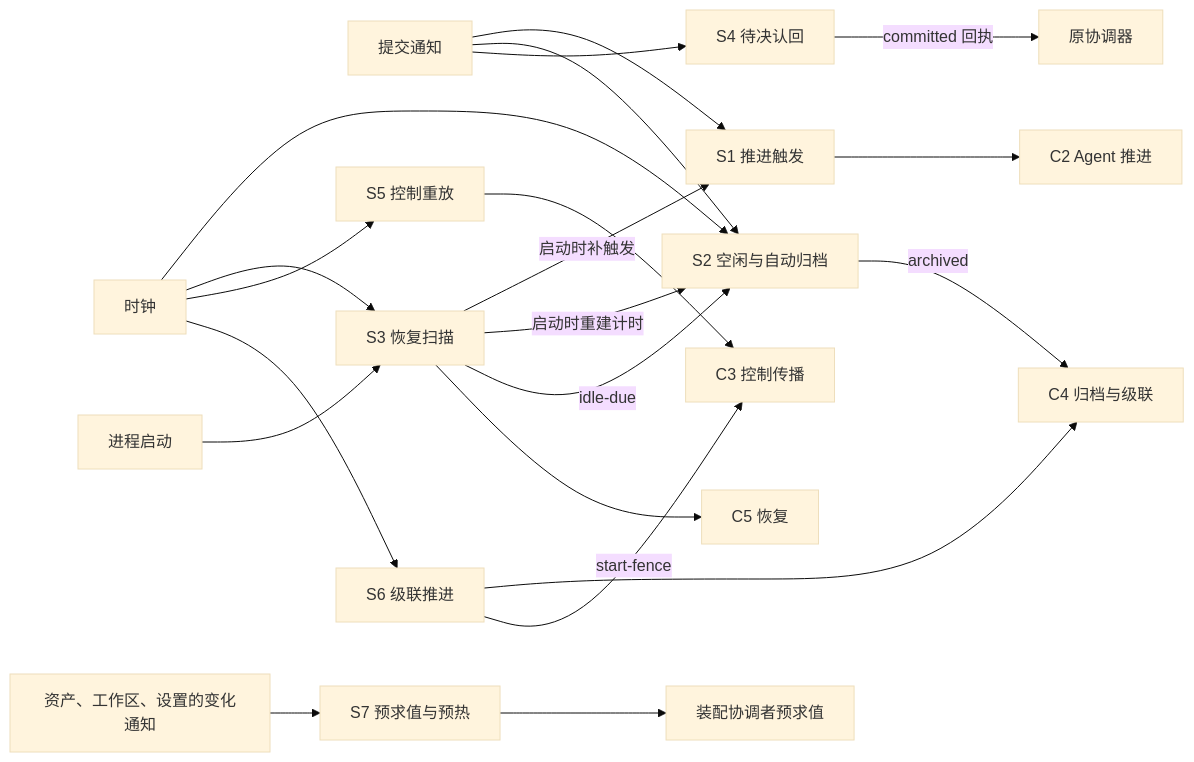
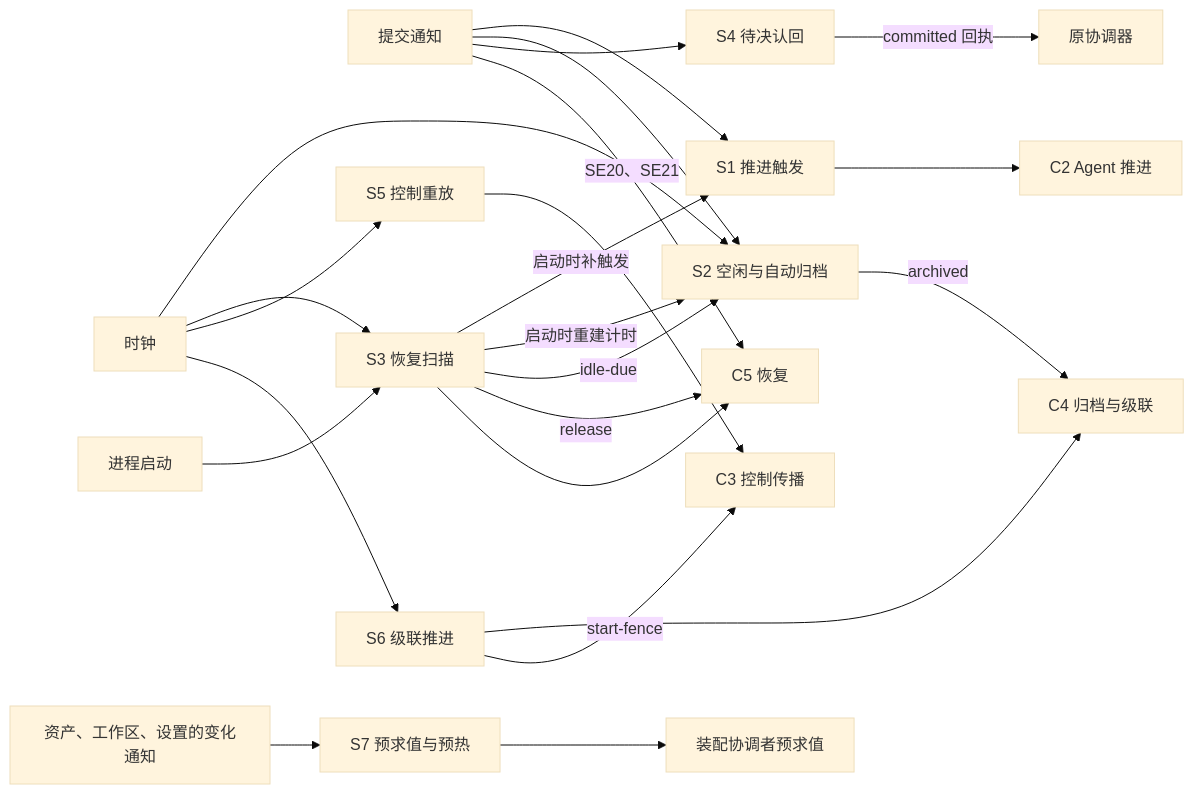
One commit to nemori-ai/omne-harness-lite changed diagram 11 of 17 in packages/session/session/docs/flows.md. Above: the diagram before and after it, drawn with Mermaid (base theme). The commit also changed other lines of this file and 3 other files, not shown here.

````diff
--- a/packages/session/session/docs/flows.md
+++ b/packages/session/session/docs/flows.md
@@ -264,23 +297,25 @@
 ```mermaid
 flowchart LR
     N[提交通知] --> S1[S1 推进触发]
     N --> S2[S2 空闲与自动归档]
     N --> S4[S4 待决认回]
+    N -->|SE20、SE21| C5[C5 恢复]
     T[时钟] --> S2
     T --> S3[S3 恢复扫描]
     T --> S5[S5 控制重放]
     T --> S6[S6 级联推进]
     V[资产、工作区、设置的变化通知] --> S7[S7 预求值与预热]
     Boot[进程启动] --> S3
     S3 -->|启动时补触发| S1
     S3 -->|启动时重建计时| S2
     S3 -->|idle-due| S2
+    S3 -->|release| C5
     S1 --> C2[C2 Agent 推进]
     S2 -->|archived| C4[C4 归档与级联]
-    S3 --> C5[C5 恢复]
+    S3 --> C5
     S4 -->|committed 回执| Orig[原协调器]
     S5 --> C3[C3 控制传播]
     S6 --> C4
     S6 -->|start-fence| C3
     S7 --> Asm[装配协调者预求值]
 ```
````
